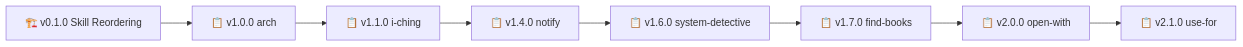
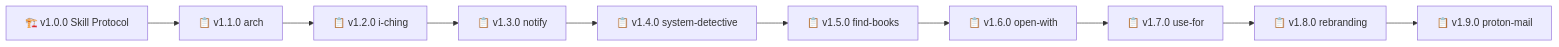
The diagram in backstage/ROADMAP.md (nonlinear/skills), drawn with Mermaid before and after one commit. The commit also changed other lines of this file and 4 other files, not shown here.

````diff
--- a/backstage/ROADMAP.md
+++ b/backstage/ROADMAP.md
@@ -14,18 +14,22 @@
 ```mermaid
 graph LR
-    A[🏗️ v0.1.0 Skill Reordering]
-    B[📋 v1.0.0 arch]
+    A[🏗️ v1.0.0 Skill Protocol]
+    B[📋 v1.1.0 arch]
     A --> B
-    C[📋 v1.1.0 i-ching]
+    C[📋 v1.2.0 i-ching]
     B --> C
-    D[📋 v1.4.0 notify]
+    D[📋 v1.3.0 notify]
     C --> D
-    E[📋 v1.6.0 system-detective]
+    E[📋 v1.4.0 system-detective]
     D --> E
-    F[📋 v1.7.0 find-books]
+    F[📋 v1.5.0 find-books]
     E --> F
-    G[📋 v2.0.0 open-with]
+    G[📋 v1.6.0 open-with]
     F --> G
-    H[📋 v2.1.0 use-for]
+    H[📋 v1.7.0 use-for]
     G --> H
+    I[📋 v1.8.0 rebranding]
+    H --> I
+    J[📋 v1.9.0 proton-mail]
+    I --> J
 ```
````
